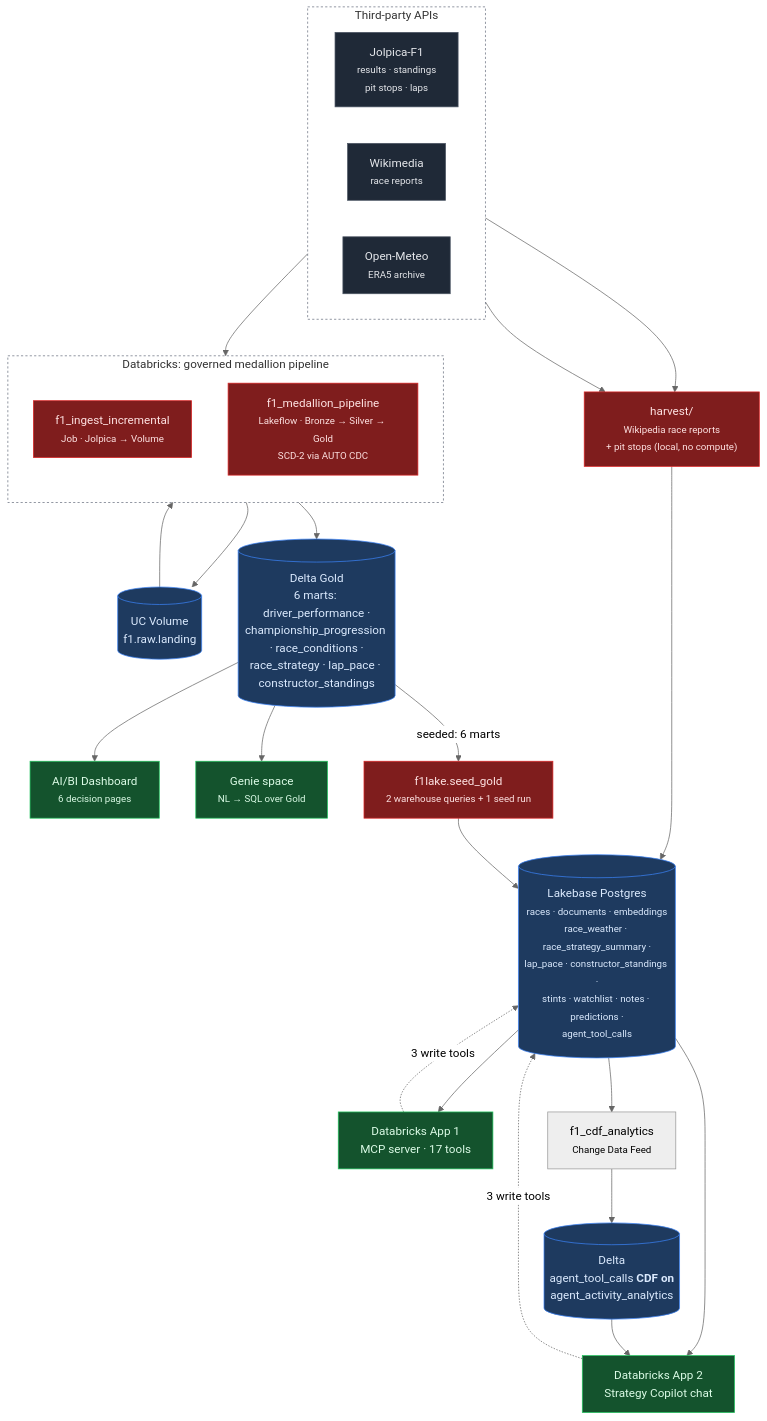
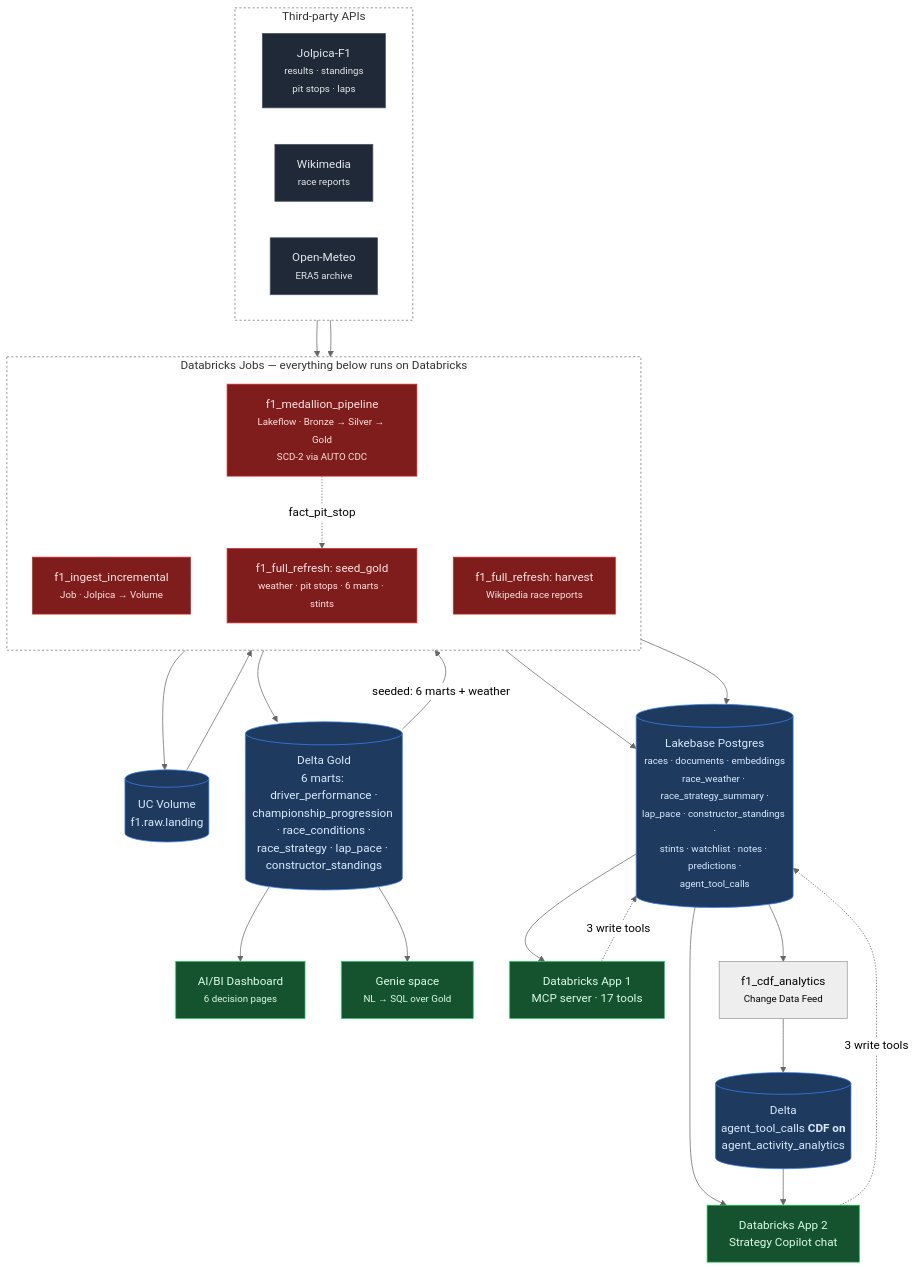
The diagram in README.md (abhibastia/f1-intelligence-copilot), drawn with Mermaid (neutral theme) before and after one commit. The commit also changed other lines of this file and 17 other files, not shown here.

First line of the commit message:
Make the Lakebase pipeline run entirely on Databricks, verified live

````diff
--- a/README.md
+++ b/README.md
@@ -57,50 +57,52 @@
 ```mermaid
 flowchart TD
     subgraph SRC[" Third-party APIs "]
         direction LR
         J["Jolpica-F1<br/><small>results · standings<br/>pit stops · laps</small>"]
         W["Wikimedia<br/><small>race reports</small>"]
         O["Open-Meteo<br/><small>ERA5 archive</small>"]
     end
 
-    subgraph DBX[" Databricks: governed medallion pipeline "]
+    subgraph DBX[" Databricks Jobs — everything below runs on Databricks "]
         direction TB
         ING["f1_ingest_incremental<br/><small>Job · Jolpica → Volume</small>"]
         MED["f1_medallion_pipeline<br/><small>Lakeflow · Bronze → Silver → Gold<br/>SCD-2 via AUTO CDC</small>"]
+        HAR["f1_full_refresh: harvest<br/><small>Wikipedia race reports</small>"]
+        SEED["f1_full_refresh: seed_gold<br/><small>weather · pit stops · 6 marts · stints</small>"]
     end
 
     J --> ING --> VOL[("UC Volume<br/>f1.raw.landing")] --> MED
     MED --> GOLD[("Delta Gold<br/>6 marts: driver_performance ·<br/>championship_progression · race_conditions ·<br/>race_strategy · lap_pace · constructor_standings")]
 
     GOLD --> DASH["AI/BI Dashboard<br/><small>6 decision pages</small>"]
     GOLD --> GENIE["Genie space<br/><small>NL → SQL over Gold</small>"]
 
-    W --> HAR["harvest/<br/><small>Wikipedia race reports<br/>+ pit stops (local, no compute)</small>"]
-    J --> HAR
-    GOLD -- "seeded: 6 marts" --> SEED["f1lake.seed_gold<br/><small>2 warehouse queries + 1 seed run</small>"]
+    W --> HAR
+    MED -. "fact_pit_stop" .-> SEED
+    GOLD -- "seeded: 6 marts + weather" --> SEED
 
     HAR --> LB
     SEED --> LB
 
     LB[("Lakebase Postgres<br/><small>races · documents · embeddings<br/>race_weather · race_strategy_summary ·<br/>lap_pace · constructor_standings ·<br/>stints · watchlist · notes · predictions ·<br/>agent_tool_calls</small>")]
 
     LB --> MCP["Databricks App 1<br/>MCP server · 17 tools"]
     LB --> UI["Databricks App 2<br/>Strategy Copilot chat"]
     UI -. "3 write tools" .-> LB
     MCP -. "3 write tools" .-> LB
 
     LB --> CDF["f1_cdf_analytics<br/><small>Change Data Feed</small>"] --> DELTA[("Delta<br/>agent_tool_calls <b>CDF on</b><br/>agent_activity_analytics")]
     DELTA --> UI
 
     style SRC fill:transparent,stroke:#6b7280,stroke-dasharray:3 3
     style DBX fill:transparent,stroke:#6b7280,stroke-dasharray:3 3
 
     classDef api fill:#1f2937,stroke:#4b5563,color:#e5e7eb
     classDef job fill:#7f1d1d,stroke:#dc2626,color:#fee2e2
     classDef store fill:#1e3a5f,stroke:#3b82f6,color:#dbeafe
     classDef app fill:#14532d,stroke:#22c55e,color:#dcfce7
     class J,W,O api
     class ING,MED,HAR,SEED job
     class VOL,GOLD,LB,DELTA store
     class MCP,UI,DASH,GENIE app
 ```
````
